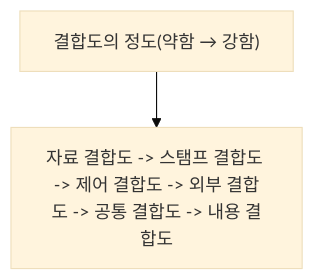
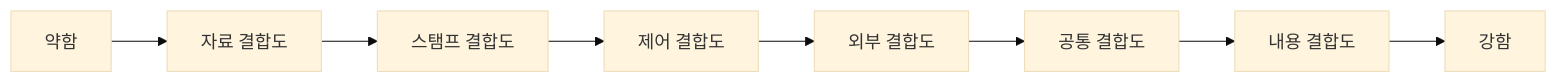
The first of 5 diagrams in 정보처리기사/1과목 소프트웨어 설계/040 결합도의 정도(약함 → 강함)/040 결합도의 정도(약함 → 강함).md (nes0903/study), drawn with Mermaid (base theme) before and after one commit. The commit also changed other lines of this file and 318 other files, not shown here.

````diff
--- a/정보처리기사/1과목 소프트웨어 설계/040 결합도의 정도(약함 → 강함)/040 결합도의 정도(약함 → 강함).md
+++ b/정보처리기사/1과목 소프트웨어 설계/040 결합도의 정도(약함 → 강함)/040 결합도의 정도(약함 → 강함).md
@@ -13,5 +14,11 @@
 ```mermaid
-flowchart TD
-    A["결합도의 정도(약함 → 강함)"]
-    A --> N1["자료 결합도 -> 스탬프 결합도 -> 제어 결합도 -> 외부 결합도 -> 공통 결합도 -> 내용 결합도"]
+flowchart LR
+    A["약함"]
+    A --> B["자료 결합도"]
+    B --> C["스탬프 결합도"]
+    C --> D["제어 결합도"]
+    D --> E["외부 결합도"]
+    E --> F["공통 결합도"]
+    F --> G["내용 결합도"]
+    G --> H["강함"]
 ```
````
